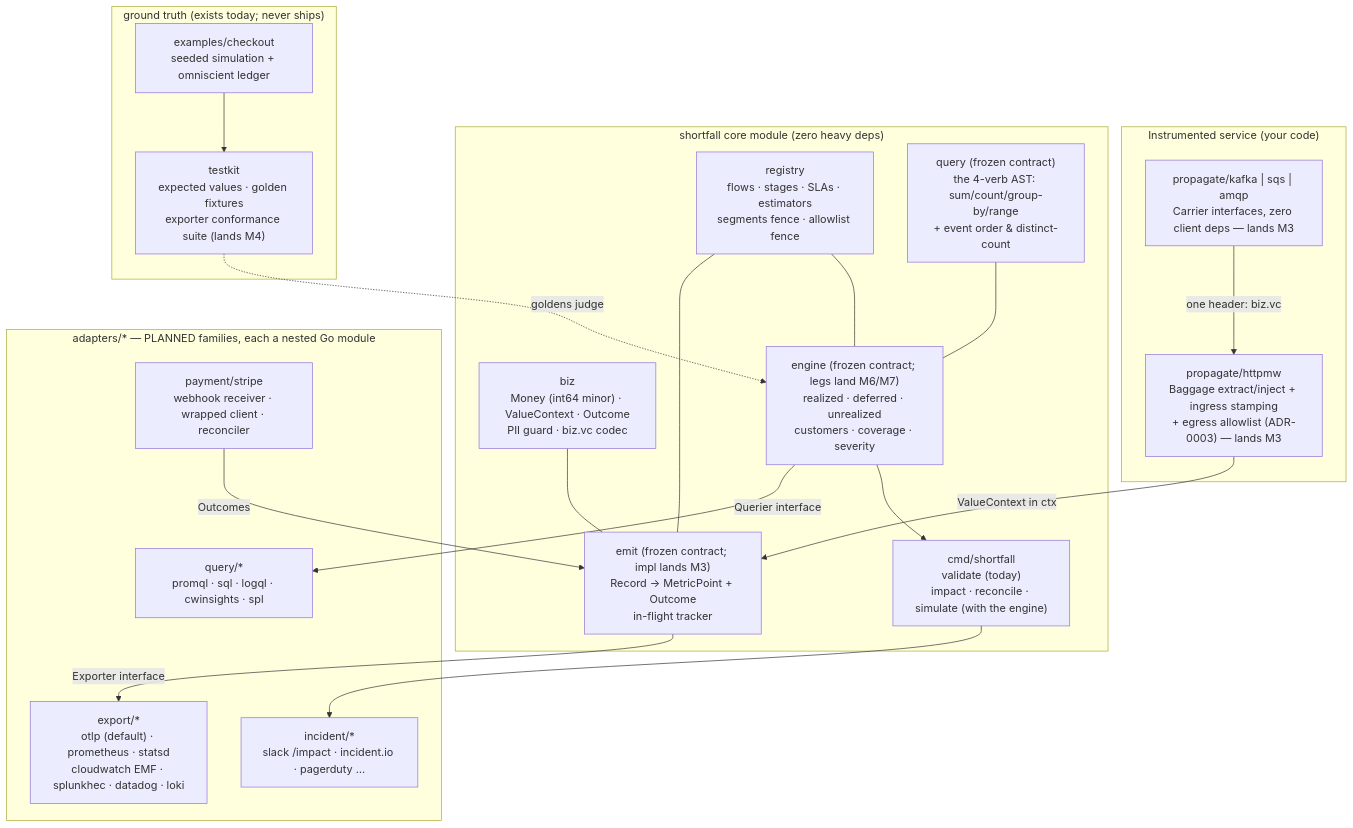
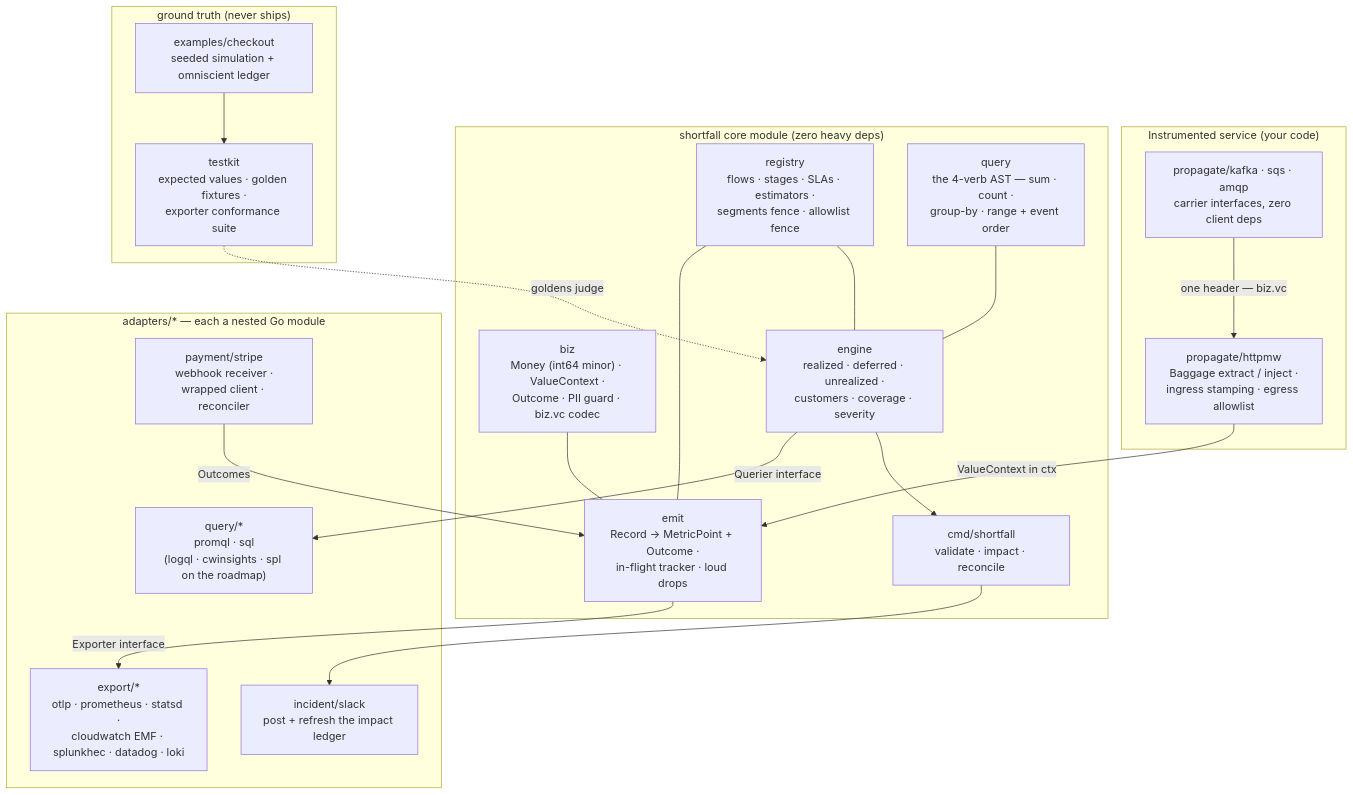
One commit to NightWatchEng/shortfall changed the diagram in docs/architecture/c4-l2-containers.md. Above: the diagram before and after it, drawn with Mermaid. The commit also changed other lines of this file and 10 other files, not shown here.

First line of the commit message:
docs: diagrams render + agentops idiom, quickstart clarity, lean README (workspace-gai) (#67)

````diff
--- a/docs/architecture/c4-l2-containers.md
+++ b/docs/architecture/c4-l2-containers.md
@@ -14,42 +7,42 @@
 ```mermaid
 flowchart TB
     subgraph app["Instrumented service (your code)"]
-        MW["propagate/httpmw<br/>Baggage extract/inject + ingress stamping<br/>+ egress allowlist (ADR-0003) — lands M3"]
-        CARRIERS["propagate/kafka | sqs | amqp<br/>Carrier interfaces, zero client deps — lands M3"]
+        MW["propagate/httpmw<br/>Baggage extract / inject ·<br/>ingress stamping · egress allowlist"]
+        CARRIERS["propagate/kafka · sqs · amqp<br/>carrier interfaces, zero client deps"]
     end
 
     subgraph core["shortfall core module (zero heavy deps)"]
-        BIZ["biz<br/>Money (int64 minor) · ValueContext · Outcome<br/>PII guard · biz.vc codec"]
-        REG["registry<br/>flows · stages · SLAs · estimators<br/>segments fence · allowlist fence"]
-        EMIT["emit (frozen contract; impl lands M3)<br/>Record → MetricPoint + Outcome<br/>in-flight tracker"]
-        QUERY["query (frozen contract)<br/>the 4-verb AST: sum/count/group-by/range<br/>+ event order & distinct-count"]
-        ENGINE["engine (frozen contract; legs land M6/M7)<br/>realized · deferred · unrealized<br/>customers · coverage · severity"]
-        CLI["cmd/shortfall<br/>validate (today)<br/>impact · reconcile · simulate (with the engine)"]
+        BIZ["biz<br/>Money (int64 minor) · ValueContext ·<br/>Outcome · PII guard · biz.vc codec"]
+        REG["registry<br/>flows · stages · SLAs · estimators ·<br/>segments fence · allowlist fence"]
+        EMIT["emit<br/>Record → MetricPoint + Outcome ·<br/>in-flight tracker · loud drops"]
+        QUERY["query<br/>the 4-verb AST — sum · count ·<br/>group-by · range + event order"]
+        ENGINE["engine<br/>realized · deferred · unrealized ·<br/>customers · coverage · severity"]
+        CLI["cmd/shortfall<br/>validate · impact · reconcile"]
     end
 
-    subgraph adapters["adapters/* — PLANNED families, each a nested Go module"]
-        EXP["export/*<br/>otlp (default) · prometheus · statsd<br/>cloudwatch EMF · splunkhec · datadog · loki"]
-        QAD["query/*<br/>promql · sql · logql · cwinsights · spl"]
-        PAY["payment/stripe<br/>webhook receiver · wrapped client · reconciler"]
-        INC["incident/*<br/>slack /impact · incident.io · pagerduty …"]
+    subgraph adapters["adapters/* — each a nested Go module"]
+        EXP["export/*<br/>otlp · prometheus · statsd ·<br/>cloudwatch EMF · splunkhec · datadog · loki"]
+        QAD["query/*<br/>promql · sql<br/>(logql · cwinsights · spl on the roadmap)"]
+        PAY["payment/stripe<br/>webhook receiver ·<br/>wrapped client · reconciler"]
+        INC["incident/slack<br/>post + refresh the impact ledger"]
     end
 
-    subgraph verify["ground truth (exists today; never ships)"]
+    subgraph verify["ground truth (never ships)"]
         HARNESS["examples/checkout<br/>seeded simulation + omniscient ledger"]
-        TESTKIT["testkit<br/>expected values · golden fixtures<br/>exporter conformance suite (lands M4)"]
+        TESTKIT["testkit<br/>expected values · golden fixtures ·<br/>exporter conformance suite"]
     end
 
-    MW -->|ValueContext in ctx| EMIT
-    CARRIERS -->|one header: biz.vc| MW
+    MW -->|"ValueContext in ctx"| EMIT
+    CARRIERS -->|"one header — biz.vc"| MW
     BIZ --- EMIT
     REG --- EMIT
-    EMIT -->|Exporter interface| EXP
-    ENGINE -->|Querier interface| QAD
+    EMIT -->|"Exporter interface"| EXP
+    ENGINE -->|"Querier interface"| QAD
     REG --- ENGINE
     QUERY --- ENGINE
-    PAY -->|Outcomes| EMIT
+    PAY -->|"Outcomes"| EMIT
     ENGINE --> CLI
     CLI --> INC
     HARNESS --> TESTKIT
-    TESTKIT -.->|goldens judge| ENGINE
+    TESTKIT -.->|"goldens judge"| ENGINE
 ```
````
